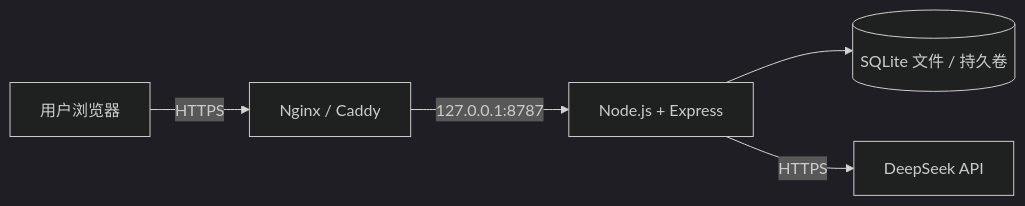
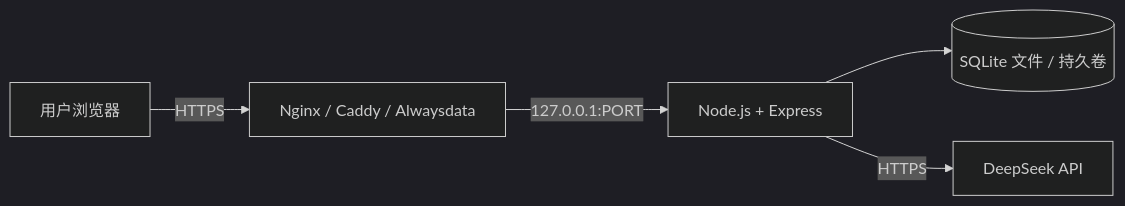
One commit to lebin2025/studyFlowAI changed the sixth of 6 diagrams in docs/architecture.md. Above: the diagram before and after it, drawn with Mermaid (dark theme). The commit also changed other lines of this file and 31 other files, not shown here.

````diff
--- a/docs/architecture.md
+++ b/docs/architecture.md
@@ -263,7 +279,7 @@
 ```mermaid
 flowchart LR
-  C[用户浏览器] -->|HTTPS| N[Nginx / Caddy]
-  N -->|127.0.0.1:8787| E[Node.js + Express]
+  C[用户浏览器] -->|HTTPS| N[Nginx / Caddy / Alwaysdata]
+  N -->|127.0.0.1:PORT| E[Node.js + Express]
   E --> S[(SQLite 文件 / 持久卷)]
   E -->|HTTPS| D[DeepSeek API]
 ```
````
